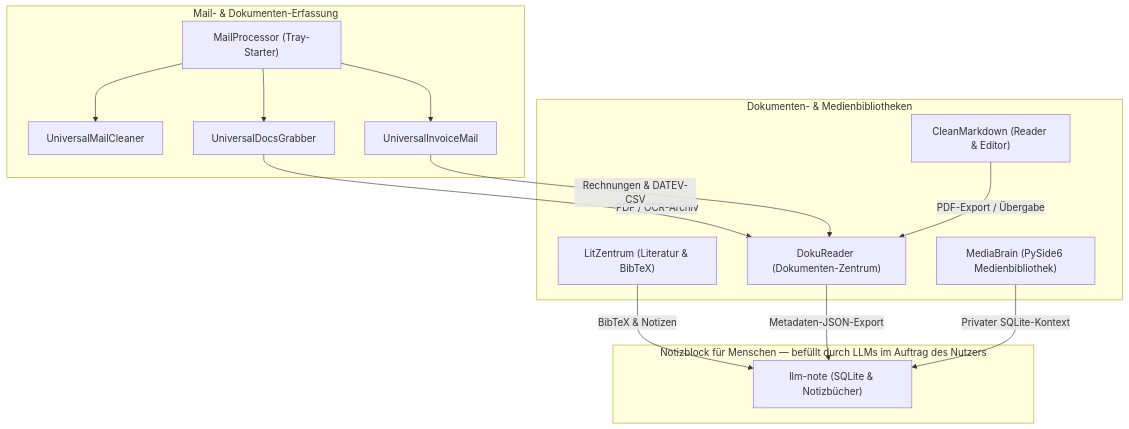
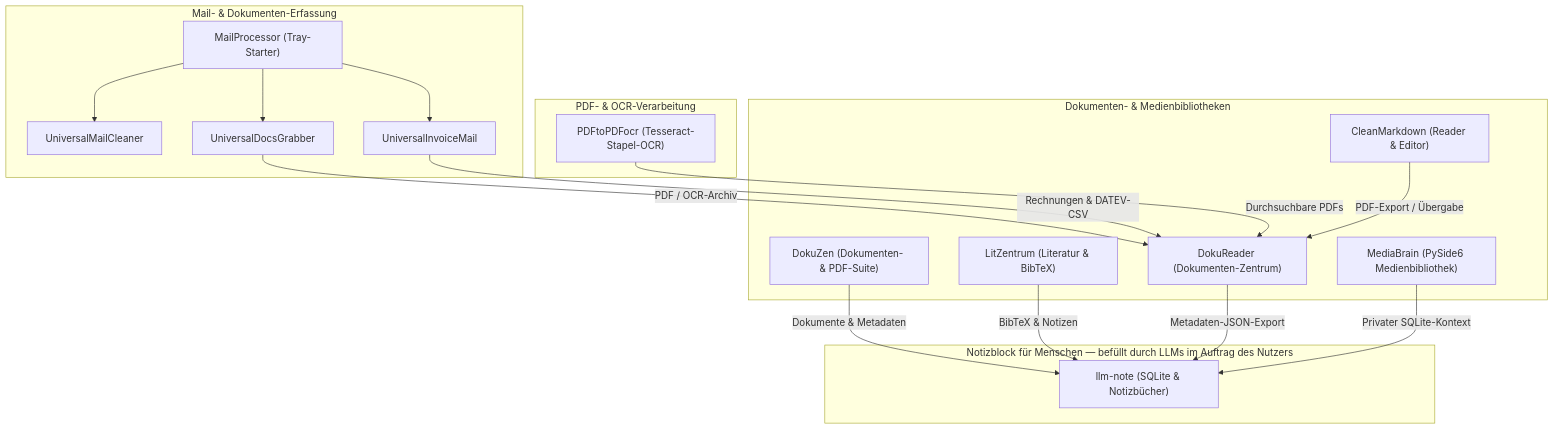
The diagram in profile/README_de.md (doc-bricks/.github), drawn with Mermaid before and after one commit. The commit also changed other lines of this file and 4 other files, not shown here.

Commit message:
docs(profile): update doc-bricks public index and showcase with DokuZen and PDFtoPDFocr (2026-09-07)

````diff
--- a/profile/README_de.md
+++ b/profile/README_de.md
@@ -32,26 +32,33 @@
 ```mermaid
 graph TD
     subgraph Intake ["Mail- & Dokumenten-Erfassung"]
         MP["MailProcessor (Tray-Starter)"] --> UMC["UniversalMailCleaner"]
         MP --> UDG["UniversalDocsGrabber"]
         MP --> UIM["UniversalInvoiceMail"]
     end
 
     subgraph Library ["Dokumenten- & Medienbibliotheken"]
         DR["DokuReader (Dokumenten-Zentrum)"]
+        DZ["DokuZen (Dokumenten- & PDF-Suite)"]
         CM["CleanMarkdown (Reader & Editor)"]
         LZ["LitZentrum (Literatur & BibTeX)"]
         MB["MediaBrain (PySide6 Medienbibliothek)"]
+    end
+
+    subgraph Processing ["PDF- & OCR-Verarbeitung"]
+        PPO["PDFtoPDFocr (Tesseract-Stapel-OCR)"]
     end
 
     subgraph HumanNotes ["Notizblock für Menschen — befüllt durch LLMs im Auftrag des Nutzers"]
         LN["llm-note (SQLite & Notizbücher)"]
     end
 
     UDG -->|"PDF / OCR-Archiv"| DR
     UIM -->|"Rechnungen & DATEV-CSV"| DR
+    PPO -->|"Durchsuchbare PDFs"| DR
+    DZ -->|"Dokumente & Metadaten"| LN
     CM -->|"PDF-Export / Übergabe"| DR
     LZ -->|"BibTeX & Notizen"| LN
     DR -->|"Metadaten-JSON-Export"| LN
     MB -->|"Privater SQLite-Kontext"| LN
 ```
````
